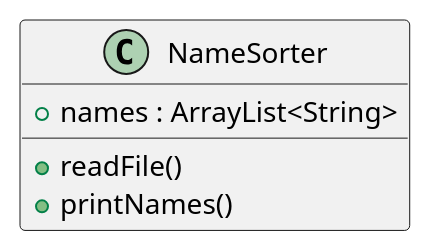
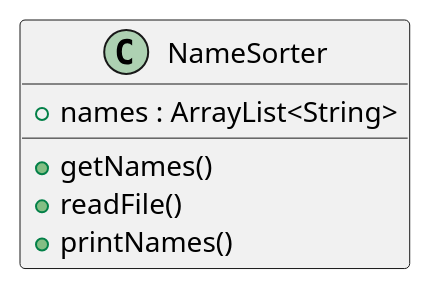
One commit to gabotelle/telleria-a04 changed the diagram in exercise41/docs/Solution41.puml. Above: the diagram before and after it, drawn with PlantUML. The commit also changed 32 other files, not shown here.

```diff
--- a/exercise41/docs/Solution41.puml
+++ b/exercise41/docs/Solution41.puml
@@ -1,11 +1,12 @@
 @startuml
 'https://plantuml.com/class-diagram
 
 class NameSorter {
     +names : ArrayList<String>
+    +getNames()
     +readFile()
     +printNames()
 }
 
 
 @enduml
```
